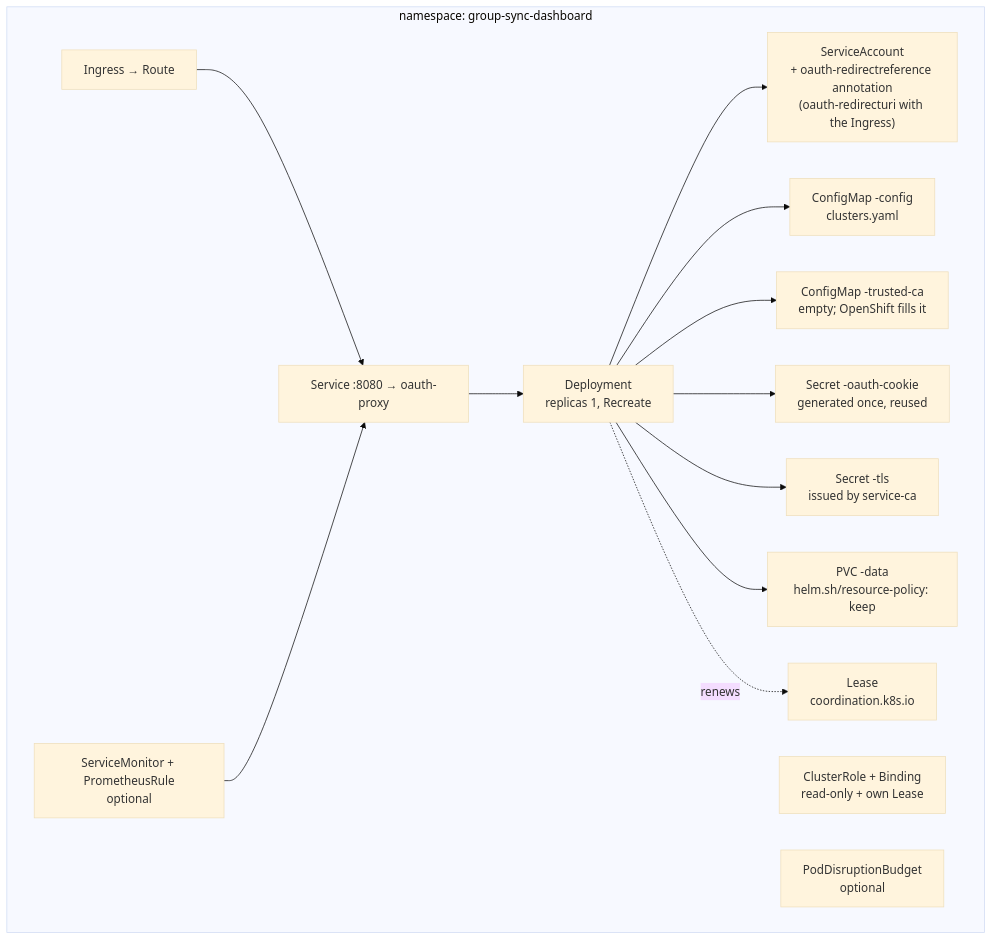
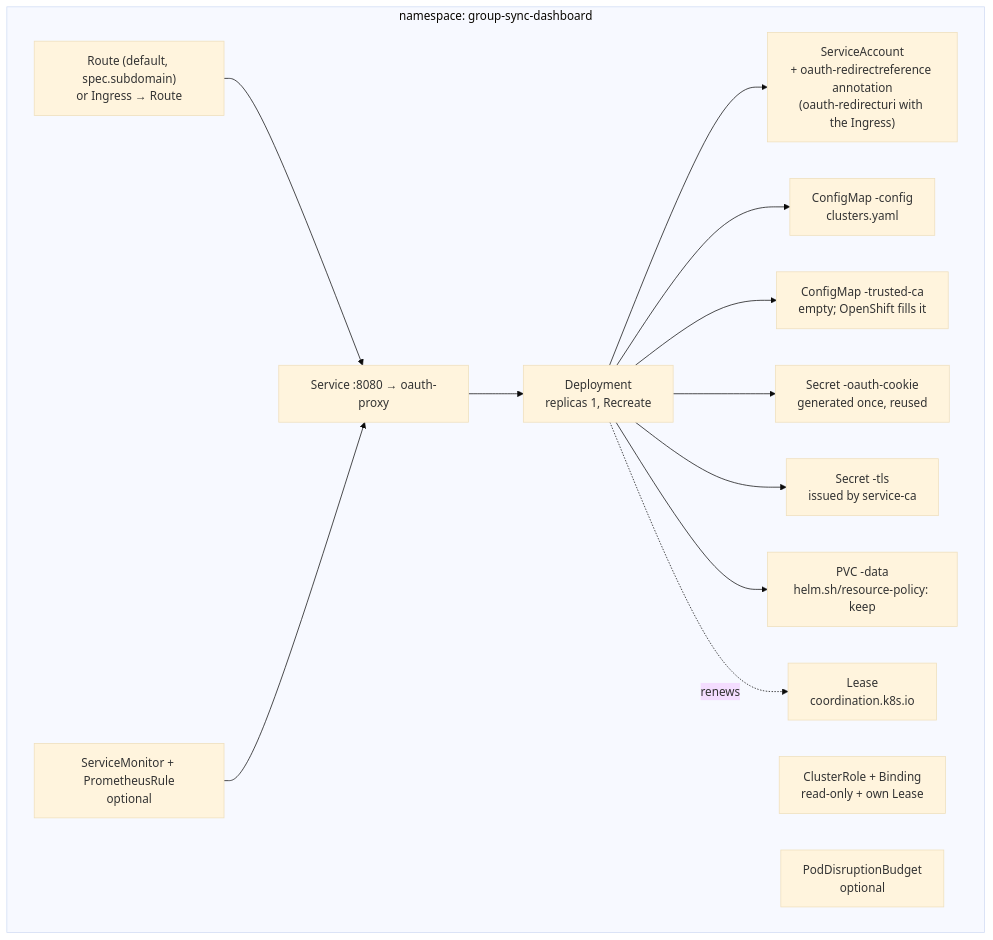
The eighth of 10 diagrams in docs/reference-architecture.md (ephico2real2/group-sync-dashboard), drawn with Mermaid (base theme) before and after one commit. The commit also changed other lines of this file and 5 other files, not shown here.

````diff
--- a/docs/reference-architecture.md
+++ b/docs/reference-architecture.md
@@ -1082,23 +1082,23 @@
 ```mermaid
 flowchart TB
   subgraph ns["namespace: group-sync-dashboard"]
     sa["ServiceAccount<br/>+ oauth-redirectreference annotation<br/>(oauth-redirecturi with the Ingress)"]
     cr["ClusterRole + Binding<br/>read-only + own Lease"]
     cm["ConfigMap -config<br/>clusters.yaml"]
     tca["ConfigMap -trusted-ca<br/>empty; OpenShift fills it"]
     sec["Secret -oauth-cookie<br/>generated once, reused"]
     tls["Secret -tls<br/>issued by service-ca"]
     dep["Deployment<br/>replicas 1, Recreate"]
     pvc["PVC -data<br/>helm.sh/resource-policy: keep"]
     svc["Service :8080 → oauth-proxy"]
-    ing["Ingress → Route"]
+    ing["Route (default, spec.subdomain)<br/>or Ingress → Route"]
     lease["Lease<br/>coordination.k8s.io"]
     pdb["PodDisruptionBudget<br/>optional"]
     sm["ServiceMonitor + PrometheusRule<br/>optional"]
   end
   dep --> cm & tca & sec & tls & pvc & sa
   svc --> dep
   ing --> svc
   sm --> svc
   dep -.->|renews| lease
 ```
````
